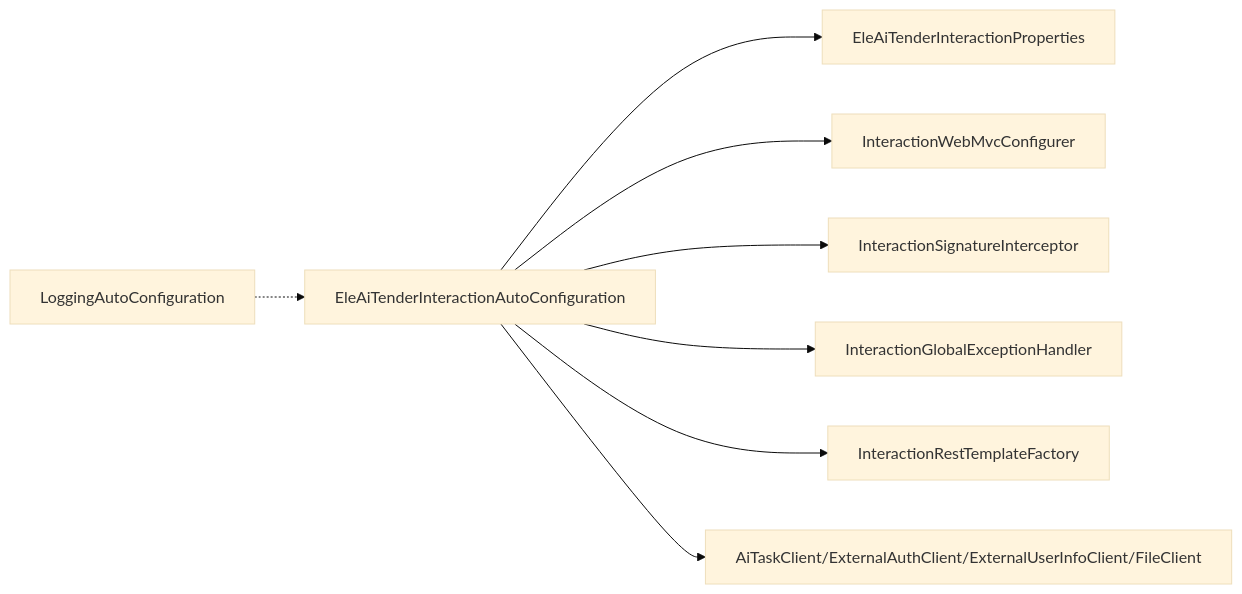
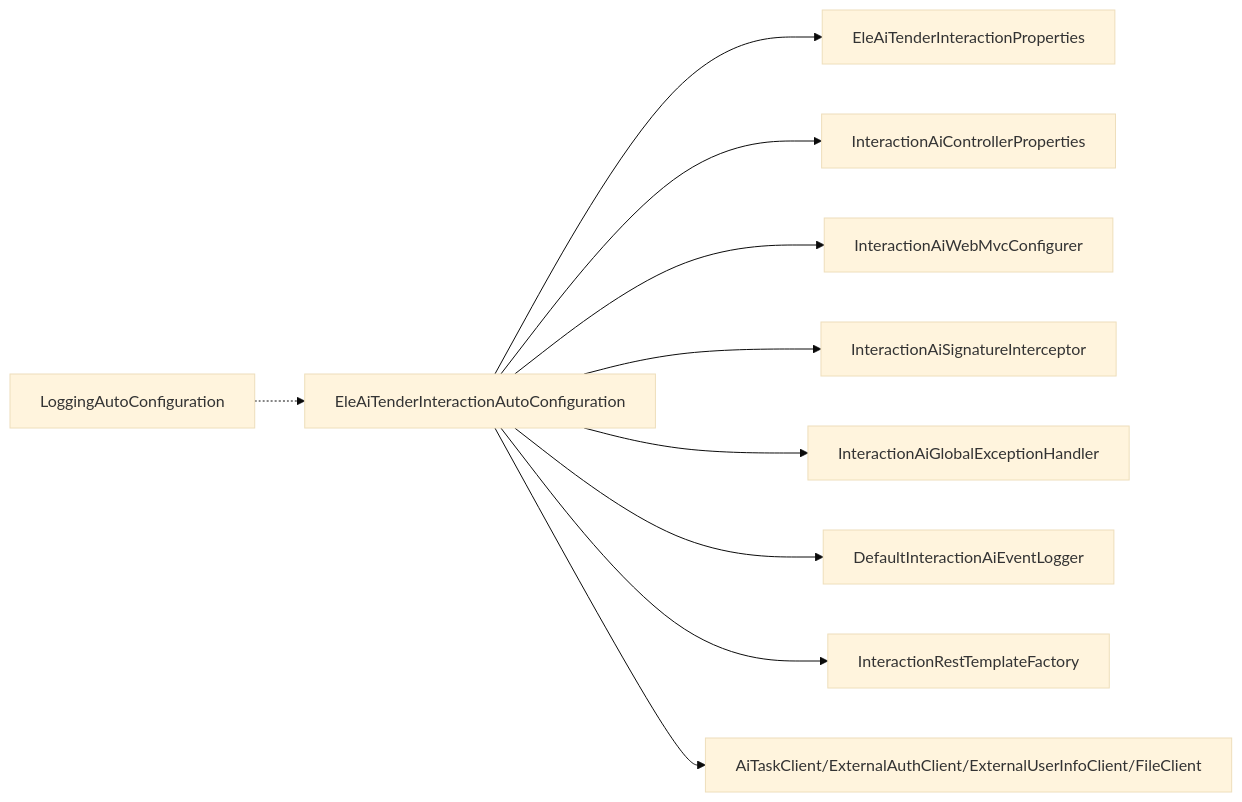
The eighth of 8 diagrams in .qoder/repowiki/zh/content/后端服务/交互服务 (ele-ai-tender-interaction)/自动配置框架.md (DrunkFood/First), drawn with Mermaid (base theme) before and after one commit. The commit also changed other lines of this file and 69 other files, not shown here.

````diff
--- a/.qoder/repowiki/zh/content/后端服务/交互服务 (ele-ai-tender-interaction)/自动配置框架.md
+++ b/.qoder/repowiki/zh/content/后端服务/交互服务 (ele-ai-tender-interaction)/自动配置框架.md
@@ -298,10 +366,12 @@
 ```mermaid
 graph LR
 AutoCfg["EleAiTenderInteractionAutoConfiguration"] --> Props["EleAiTenderInteractionProperties"]
-AutoCfg --> MVC["InteractionWebMvcConfigurer"]
-AutoCfg --> Interceptor["InteractionSignatureInterceptor"]
-AutoCfg --> ExHandler["InteractionGlobalExceptionHandler"]
+AutoCfg --> ControllerProps["InteractionAiControllerProperties"]
+AutoCfg --> MVC["InteractionAiWebMvcConfigurer"]
+AutoCfg --> Interceptor["InteractionAiSignatureInterceptor"]
+AutoCfg --> ExHandler["InteractionAiGlobalExceptionHandler"]
+AutoCfg --> EventLogger["DefaultInteractionAiEventLogger"]
 AutoCfg --> RTF["InteractionRestTemplateFactory"]
 AutoCfg --> Clients["AiTaskClient/ExternalAuthClient/ExternalUserInfoClient/FileClient"]
 Logging["LoggingAutoConfiguration"] -.-> AutoCfg
 ```
````
